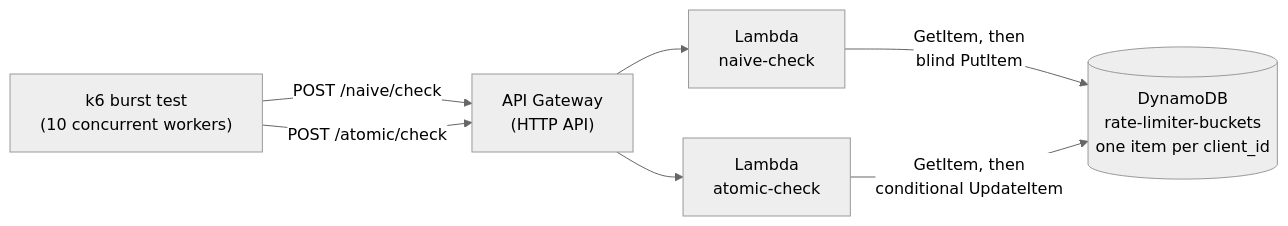
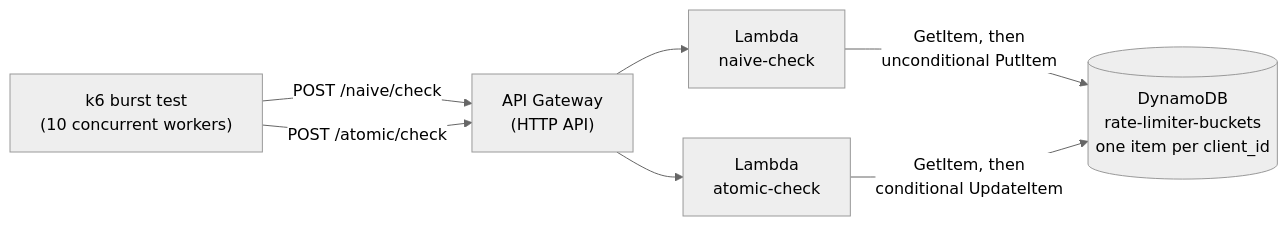
Before and after one commit to NicholasHat/rate-limiter: the diagram in README.md, drawn with Mermaid (neutral theme). The commit also changed other lines of this file, not shown here.

````diff
--- a/README.md
+++ b/README.md
@@ -7,10 +7,10 @@
 ```mermaid
 flowchart LR
     k6["k6 burst test<br/>(10 concurrent workers)"]
     k6 -->|"POST /naive/check"| gw["API Gateway<br/>(HTTP API)"]
     k6 -->|"POST /atomic/check"| gw
     gw --> naive["Lambda<br/>naive-check"]
     gw --> atomic["Lambda<br/>atomic-check"]
-    naive -->|"GetItem, then<br/>blind PutItem"| ddb[("DynamoDB<br/>rate-limiter-buckets<br/>one item per client_id")]
+    naive -->|"GetItem, then<br/>unconditional PutItem"| ddb[("DynamoDB<br/>rate-limiter-buckets<br/>one item per client_id")]
     atomic -->|"GetItem, then<br/>conditional UpdateItem"| ddb
 ```
````
